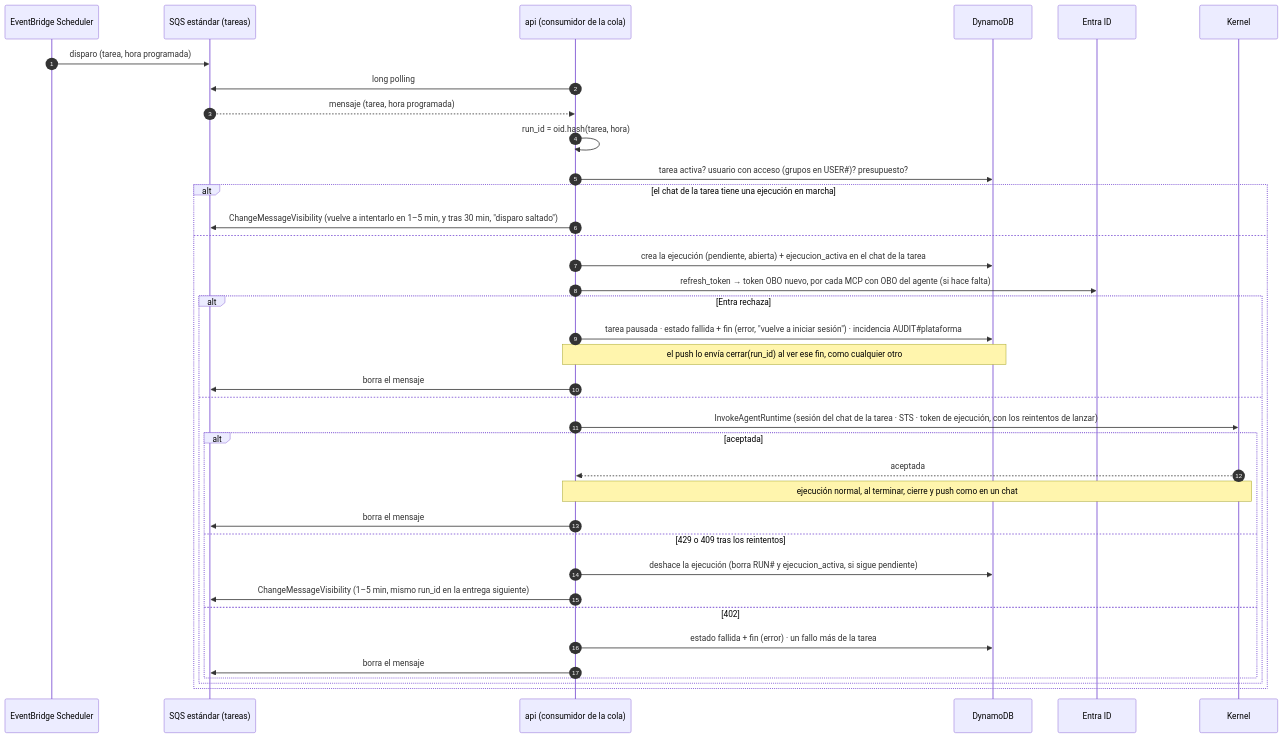
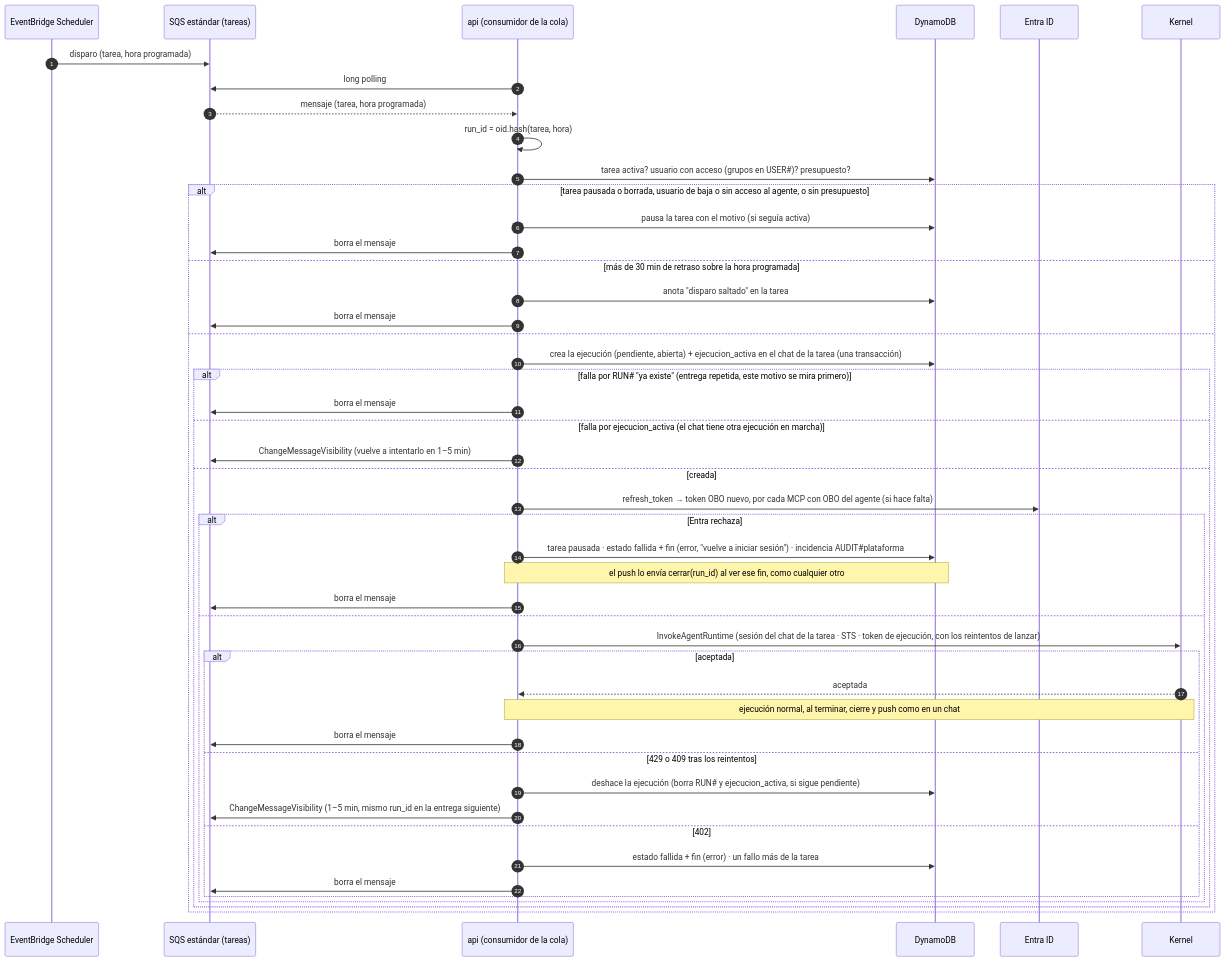
The ninth of 10 diagrams in docs/arquitectura-agentes.md (ikermendi/sample-agent-platform-with-agentcore), drawn with Mermaid before and after one commit. The commit also changed other lines of this file and 2 other files, not shown here.

````diff
--- a/docs/arquitectura-agentes.md
+++ b/docs/arquitectura-agentes.md
@@ -1202,40 +1225,50 @@
 ```mermaid
 sequenceDiagram
   autonumber
   participant S as EventBridge Scheduler
   participant Q as SQS estándar (tareas)
   participant API as api (consumidor de la cola)
   participant D as DynamoDB
   participant E as Entra ID
   participant K as Kernel
 
   S->>Q: disparo (tarea, hora programada)
   API->>Q: long polling
   Q-->>API: mensaje (tarea, hora programada)
   API->>API: run_id = oid.hash(tarea, hora)
   API->>D: tarea activa? usuario con acceso (grupos en USER#35;)? presupuesto?
-  alt el chat de la tarea tiene una ejecución en marcha
-    API->>Q: ChangeMessageVisibility (vuelve a intentarlo en 1–5 min, y tras 30 min, "disparo saltado")
+  alt tarea pausada o borrada, usuario de baja o sin acceso al agente, o sin presupuesto
+    API->>D: pausa la tarea con el motivo (si seguía activa)
+    API->>Q: borra el mensaje
+  else más de 30 min de retraso sobre la hora programada
+    API->>D: anota "disparo saltado" en la tarea
+    API->>Q: borra el mensaje
   else
-    API->>D: crea la ejecución (pendiente, abierta) + ejecucion_activa en el chat de la tarea
-    API->>E: refresh_token → token OBO nuevo, por cada MCP con OBO del agente (si hace falta)
-    alt Entra rechaza
-      API->>D: tarea pausada · estado fallida + fin (error, "vuelve a iniciar sesión") · incidencia AUDIT#35;plataforma
-      Note over API,D: el push lo envía cerrar(run_id) al ver ese fin, como cualquier otro
+    API->>D: crea la ejecución (pendiente, abierta) + ejecucion_activa en el chat de la tarea (una transacción)
+    alt falla por RUN#35; "ya existe" (entrega repetida, este motivo se mira primero)
       API->>Q: borra el mensaje
-    else
-      API->>K: InvokeAgentRuntime (sesión del chat de la tarea · STS · token de ejecución, con los reintentos de lanzar)
-      alt aceptada
-        K-->>API: aceptada
-        Note over API,K: ejecución normal, al terminar, cierre y push como en un chat
+    else falla por ejecucion_activa (el chat tiene otra ejecución en marcha)
+      API->>Q: ChangeMessageVisibility (vuelve a intentarlo en 1–5 min)
+    else creada
+      API->>E: refresh_token → token OBO nuevo, por cada MCP con OBO del agente (si hace falta)
+      alt Entra rechaza
+        API->>D: tarea pausada · estado fallida + fin (error, "vuelve a iniciar sesión") · incidencia AUDIT#35;plataforma
+        Note over API,D: el push lo envía cerrar(run_id) al ver ese fin, como cualquier otro
         API->>Q: borra el mensaje
-      else 429 o 409 tras los reintentos
-        API->>D: deshace la ejecución (borra RUN#35; y ejecucion_activa, si sigue pendiente)
-        API->>Q: ChangeMessageVisibility (1–5 min, mismo run_id en la entrega siguiente)
-      else 402
-        API->>D: estado fallida + fin (error) · un fallo más de la tarea
-        API->>Q: borra el mensaje
+      else
+        API->>K: InvokeAgentRuntime (sesión del chat de la tarea · STS · token de ejecución, con los reintentos de lanzar)
+        alt aceptada
+          K-->>API: aceptada
+          Note over API,K: ejecución normal, al terminar, cierre y push como en un chat
+          API->>Q: borra el mensaje
+        else 429 o 409 tras los reintentos
+          API->>D: deshace la ejecución (borra RUN#35; y ejecucion_activa, si sigue pendiente)
+          API->>Q: ChangeMessageVisibility (1–5 min, mismo run_id en la entrega siguiente)
+        else 402
+          API->>D: estado fallida + fin (error) · un fallo más de la tarea
+          API->>Q: borra el mensaje
+        end
       end
     end
   end
 ```
````
